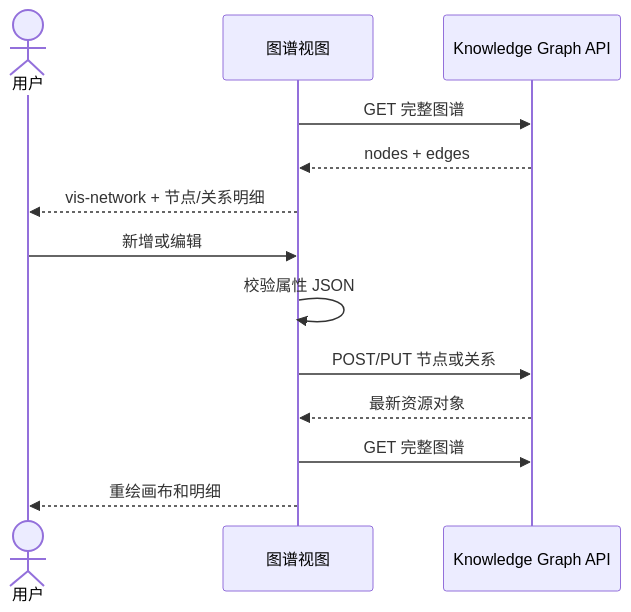
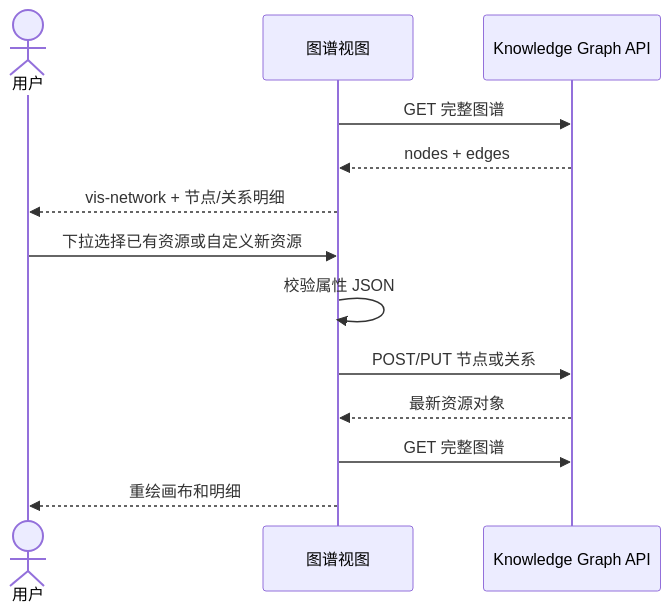
Before and after one commit to qascw159/short-novel-debug-console: the third of 3 diagrams in docs/frontend-architecture.md, drawn with Mermaid. The commit also changed other lines of this file and 2 other files, not shown here.

Commit message:
feat: add graph resource selectors

````diff
--- a/docs/frontend-architecture.md
+++ b/docs/frontend-architecture.md
@@ -66,16 +66,16 @@
 ```mermaid
 sequenceDiagram
     actor U as 用户
     participant P as 图谱视图
     participant A as Knowledge Graph API
 
     P->>A: GET 完整图谱
     A-->>P: nodes + edges
     P-->>U: vis-network + 节点/关系明细
-    U->>P: 新增或编辑
+    U->>P: 下拉选择已有资源或自定义新资源
     P->>P: 校验属性 JSON
     P->>A: POST/PUT 节点或关系
     A-->>P: 最新资源对象
     P->>A: GET 完整图谱
     P-->>U: 重绘画布和明细
 ```
````
